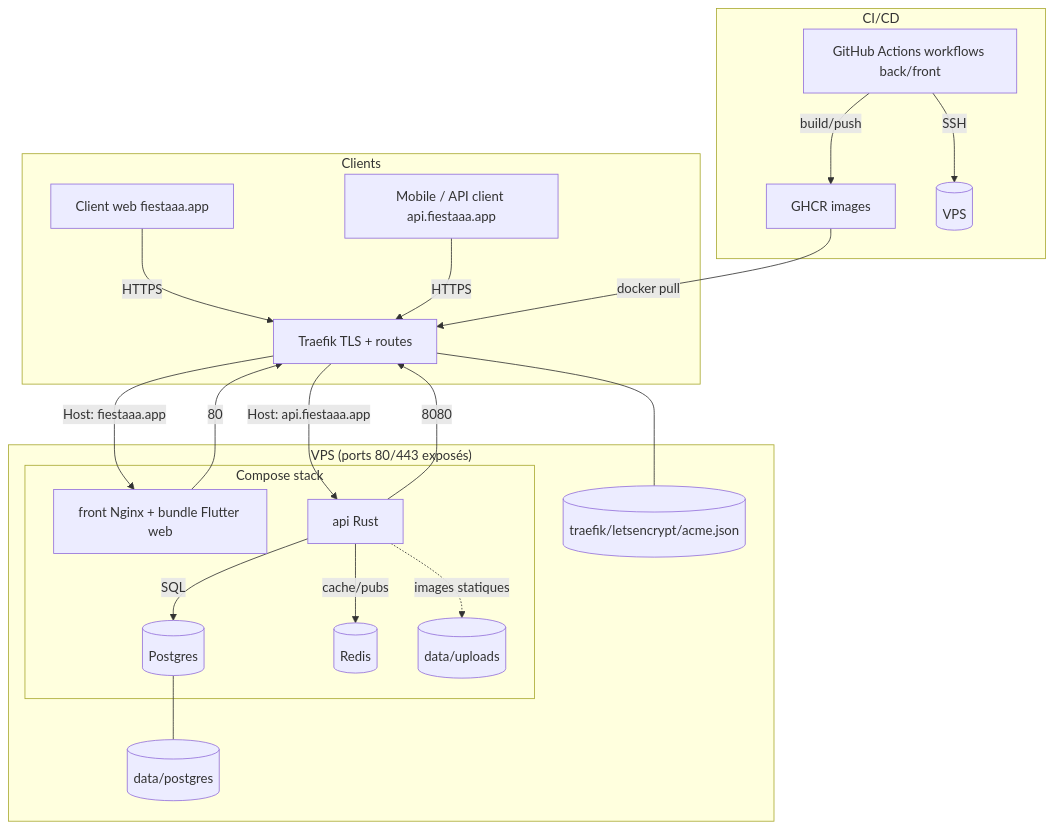
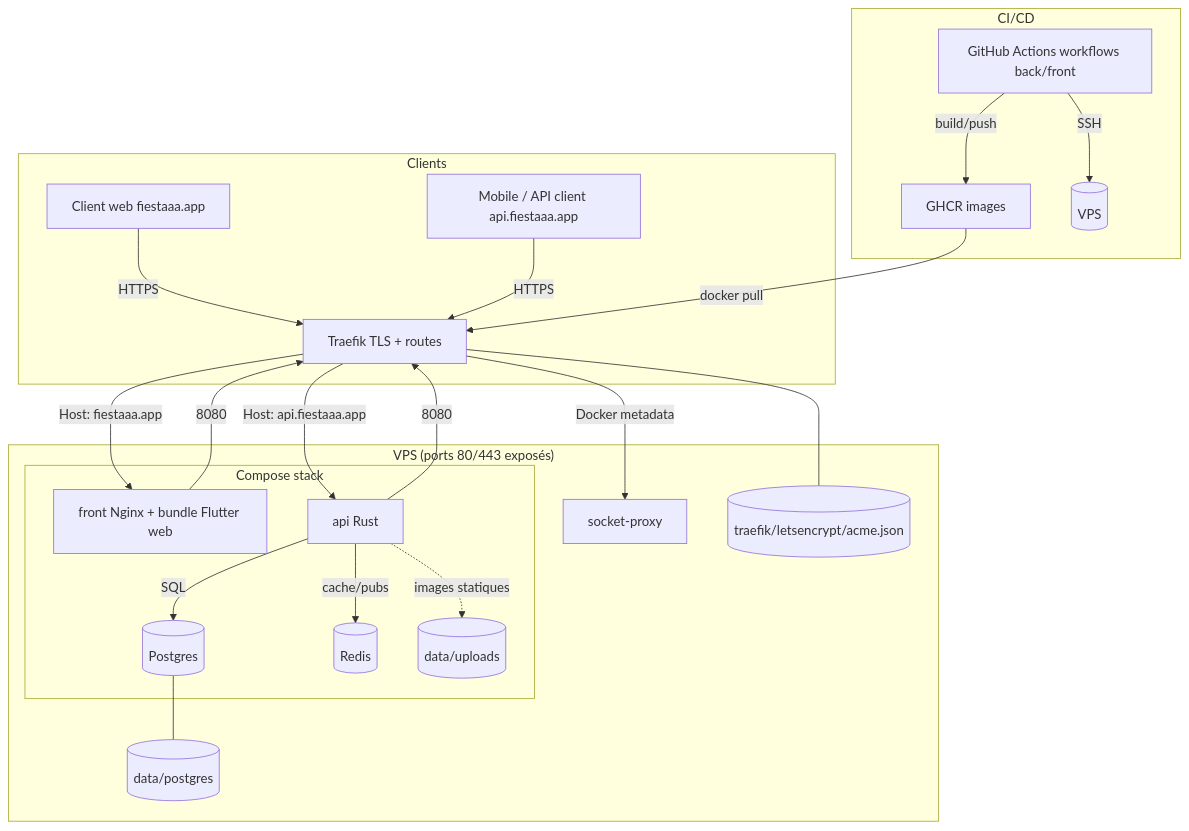
The diagram in docs/deploiement.md (theopeuchlestrade/fiestaaa_back), drawn with Mermaid before and after one commit. The commit also changed other lines of this file and 4 other files, not shown here.

````diff
--- a/docs/deploiement.md
+++ b/docs/deploiement.md
@@ -12,29 +19,30 @@
 ```mermaid
 graph TD
   subgraph Clients
     W["Client web fiestaaa.app"] -->|HTTPS| T
     M["Mobile / API client api.fiestaaa.app"] -->|HTTPS| T
   end
 
   subgraph "VPS (ports 80/443 exposés)"
-    T["Traefik TLS + routes"] -->|Host: fiestaaa.app| F
+    T["Traefik TLS + routes"] -->|Docker metadata| S["socket-proxy"]
+    T -->|Host: fiestaaa.app| F
     T -->|Host: api.fiestaaa.app| A
 
     subgraph "Compose stack"
-      F["front Nginx + bundle Flutter web"] -->|80| T
+      F["front Nginx + bundle Flutter web"] -->|8080| T
       A["api Rust"] -->|8080| T
       A -->|SQL| DB[(Postgres)]
       A -->|cache/pubs| R[(Redis)]
       A -. images statiques .-> VU[(data/uploads)]
     end
 
     DB --- VP[(data/postgres)]
     T --- VL[(traefik/letsencrypt/acme.json)]
   end
 
   subgraph "CI/CD"
     GH["GitHub Actions workflows back/front"] -->|build/push| GHCR[GHCR images]
     GH -->|SSH| VPS[(VPS)]
     GHCR -->|docker pull| T
   end
 ```
````
